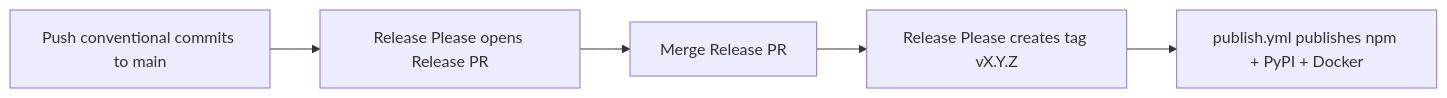
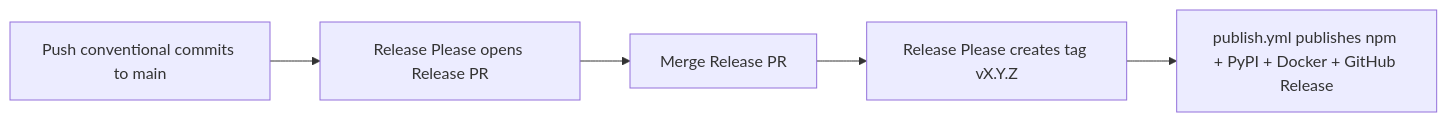
One commit to stabgan/openrouter-mcp-multimodal changed the diagram in docs/RELEASING.md. Above: the diagram before and after it, drawn with Mermaid. The commit also changed other lines of this file and 2 other files, not shown here.

First line of the commit message:
chore: auto-create GitHub Releases on tag publish

````diff
--- a/docs/RELEASING.md
+++ b/docs/RELEASING.md
@@ -27,7 +27,7 @@
 ```mermaid
 flowchart LR
   A[Push conventional commits to main] --> B[Release Please opens Release PR]
   B --> C[Merge Release PR]
   C --> D[Release Please creates tag vX.Y.Z]
-  D --> E[publish.yml publishes npm + PyPI + Docker]
+  D --> E[publish.yml publishes npm + PyPI + Docker + GitHub Release]
 ```
````
